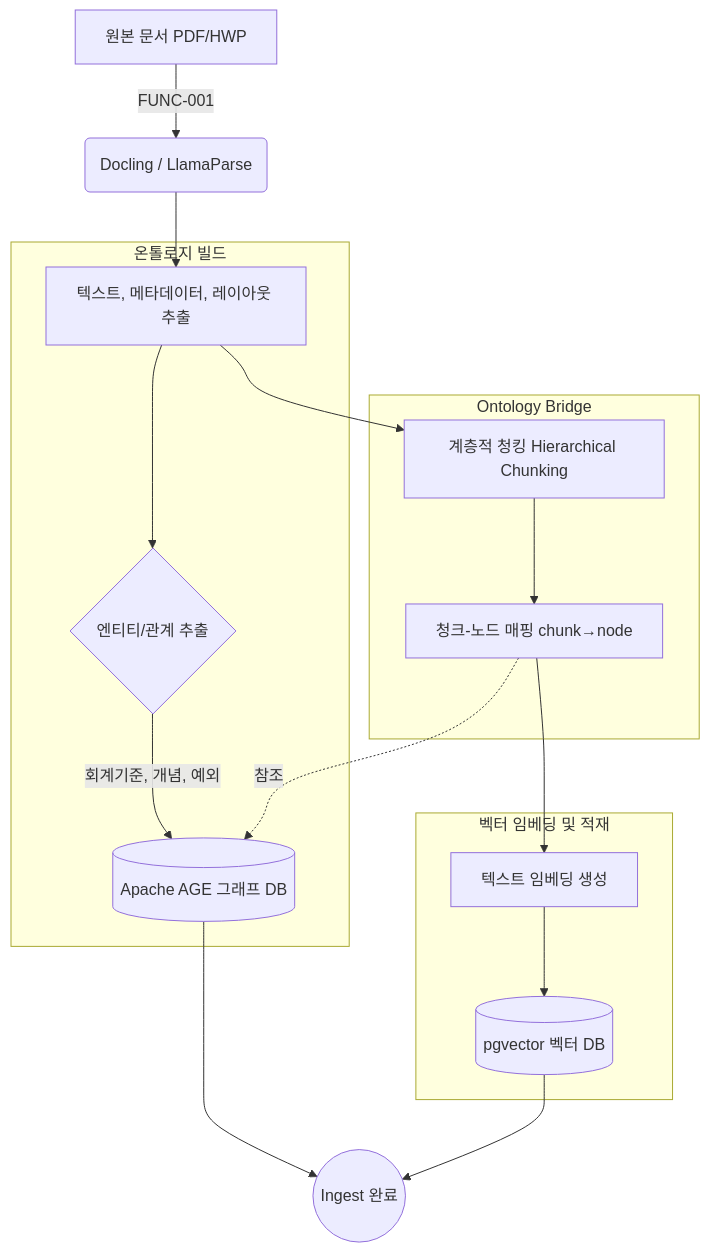
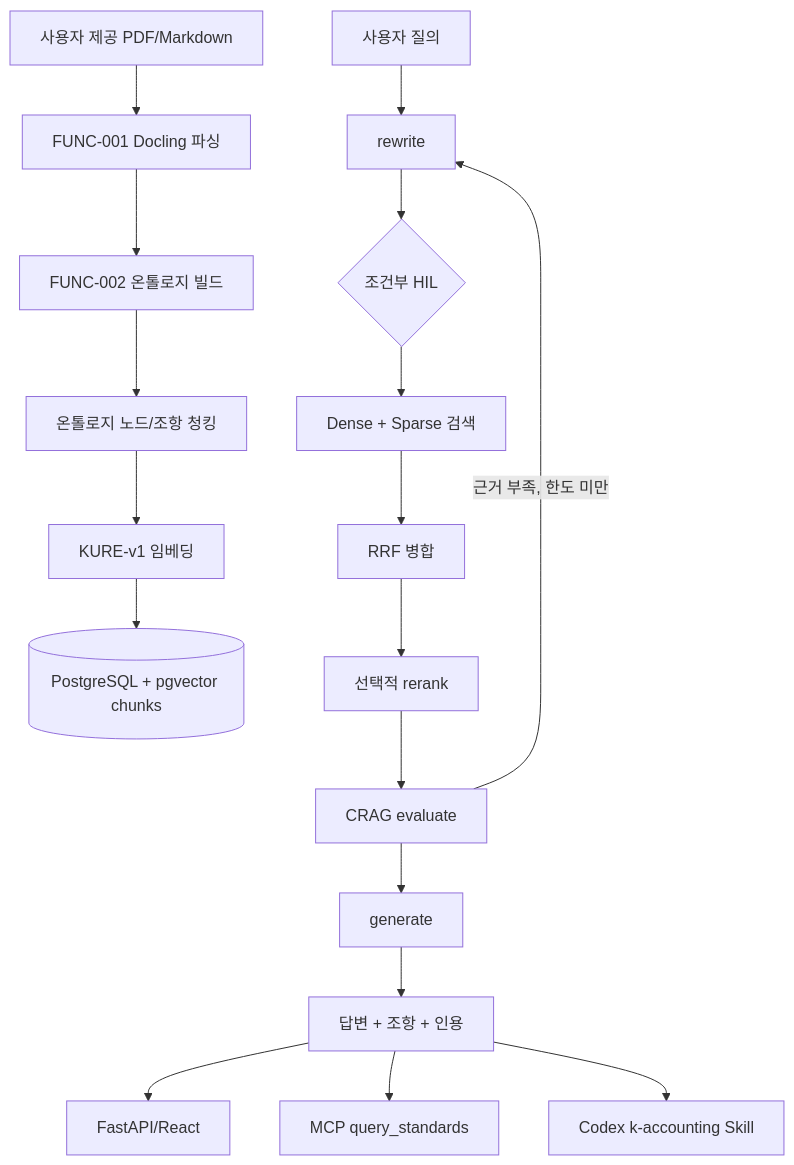
Before and after one commit to PDW-accountant/rag_for_accounting: the diagram in docs/Update/ARCHITECTURE.md, drawn with Mermaid. The commit also changed other lines of this file and 3 other files, not shown here.

````diff
--- a/docs/Update/ARCHITECTURE.md
+++ b/docs/Update/ARCHITECTURE.md
@@ -92,24 +18,22 @@
 ```mermaid
-graph TD
-    A[원본 문서 PDF/HWP] -->|FUNC-001| B(Docling / LlamaParse)
-    B --> C[텍스트, 메타데이터, 레이아웃 추출]
-    
-    subgraph FUNC-002 [온톨로지 빌드]
-        C --> D{엔티티/관계 추출}
-        D -->|회계기준, 개념, 예외| E[(Apache AGE 그래프 DB)]
-    end
-    
-    subgraph Ontology Bridge
-        C --> F[계층적 청킹 Hierarchical Chunking]
-        F --> G[청크-노드 매핑 chunk→node]
-        G -.->|참조| E
-    end
-    
-    subgraph FUNC-003 [벡터 임베딩 및 적재]
-        G --> H[텍스트 임베딩 생성]
-        H --> I[(pgvector 벡터 DB)]
-    end
-    
-    E --> J((Ingest 완료))
-    I --> J
+flowchart TD
+    PDF[사용자 제공 PDF/Markdown] --> PARSE[FUNC-001 Docling 파싱]
+    PARSE --> ONTO[FUNC-002 온톨로지 빌드]
+    ONTO --> CHUNK[온톨로지 노드/조항 청킹]
+    CHUNK --> EMBED[KURE-v1 임베딩]
+    EMBED --> DB[(PostgreSQL + pgvector chunks)]
+
+    Q[사용자 질의] --> RW[rewrite]
+    RW --> HIL{조건부 HIL}
+    HIL --> SEARCH[Dense + Sparse 검색]
+    SEARCH --> RRF[RRF 병합]
+    RRF --> RR[선택적 rerank]
+    RR --> EVAL[CRAG evaluate]
+    EVAL -->|근거 부족, 한도 미만| RW
+    EVAL --> GEN[generate]
+    GEN --> OUT[답변 + 조항 + 인용]
+
+    OUT --> API[FastAPI/React]
+    OUT --> MCP[MCP query_standards]
+    OUT --> CODEX[Codex k-accounting Skill]
 ```
````
